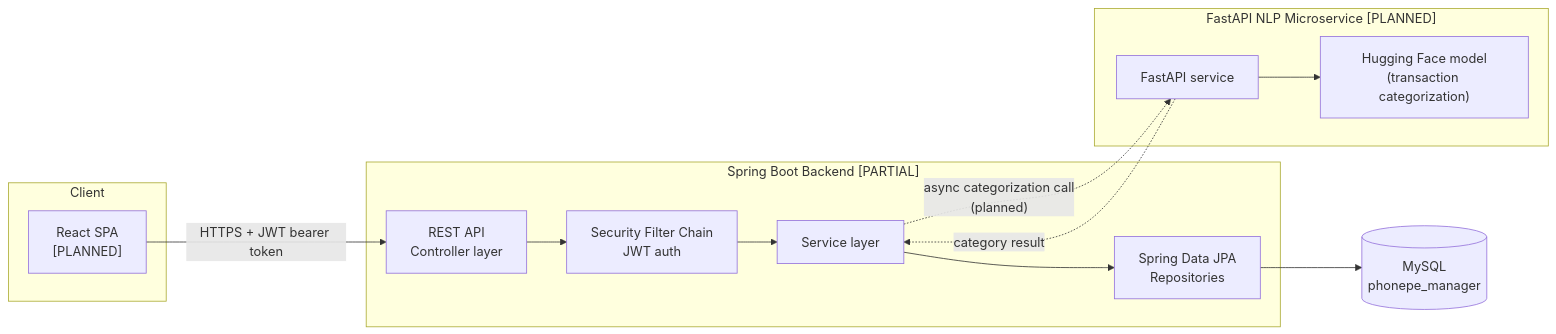
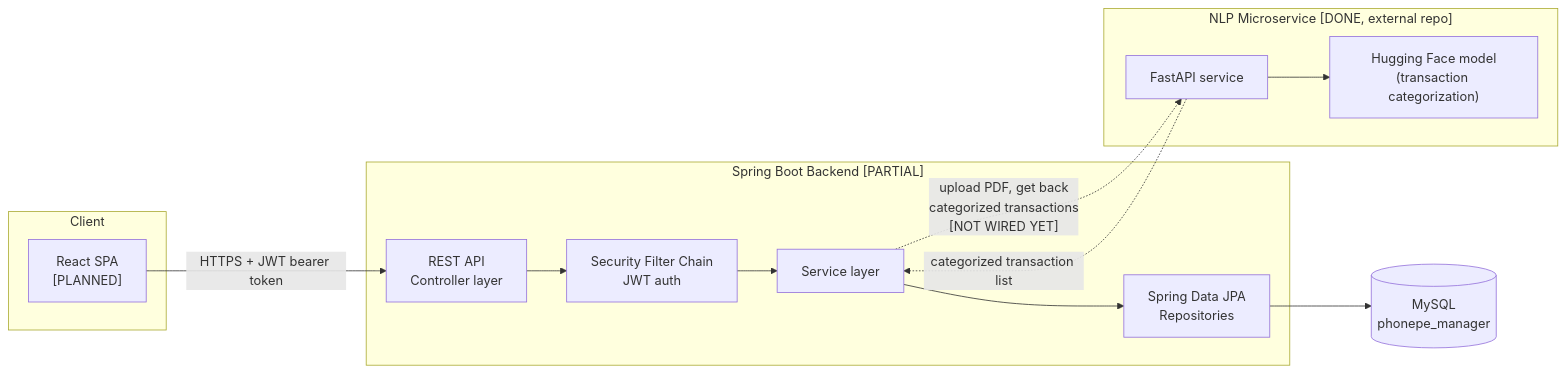
Before and after one commit to Bhawesh-007/Phonpe_Manager: the first of 3 diagrams in src/main/java/com/Bhawesh/expense_tracker/architecture/ARCHITECTURE.md, drawn with Mermaid. The commit also changed other lines of this file and 16 other files, not shown here.

````diff
--- a/src/main/java/com/Bhawesh/expense_tracker/architecture/ARCHITECTURE.md
+++ b/src/main/java/com/Bhawesh/expense_tracker/architecture/ARCHITECTURE.md
@@ -11,26 +25,26 @@
 ```mermaid
 flowchart LR
     subgraph Client
         SPA["React SPA\n[PLANNED]"]
     end
 
     subgraph Backend["Spring Boot Backend  [PARTIAL]"]
         API["REST API\nController layer"]
         SEC["Security Filter Chain\nJWT auth"]
         SVC["Service layer"]
         REPO["Spring Data JPA\nRepositories"]
     end
 
-    subgraph ML["FastAPI NLP Microservice  [PLANNED]"]
+    subgraph ML["NLP Microservice  [DONE, external repo]"]
         FASTAPI["FastAPI service"]
         HF["Hugging Face model\n(transaction categorization)"]
     end
 
     DB[("MySQL\nphonepe_manager")]
 
     SPA -- "HTTPS + JWT bearer token" --> API
     API --> SEC --> SVC --> REPO --> DB
-    SVC -. "async categorization call\n(planned)" .-> FASTAPI
+    SVC -. "upload PDF, get back\ncategorized transactions\n[NOT WIRED YET]" .-> FASTAPI
     FASTAPI --> HF
-    FASTAPI -. "category result" .-> SVC
+    FASTAPI -. "categorized transaction list" .-> SVC
 ```
````
